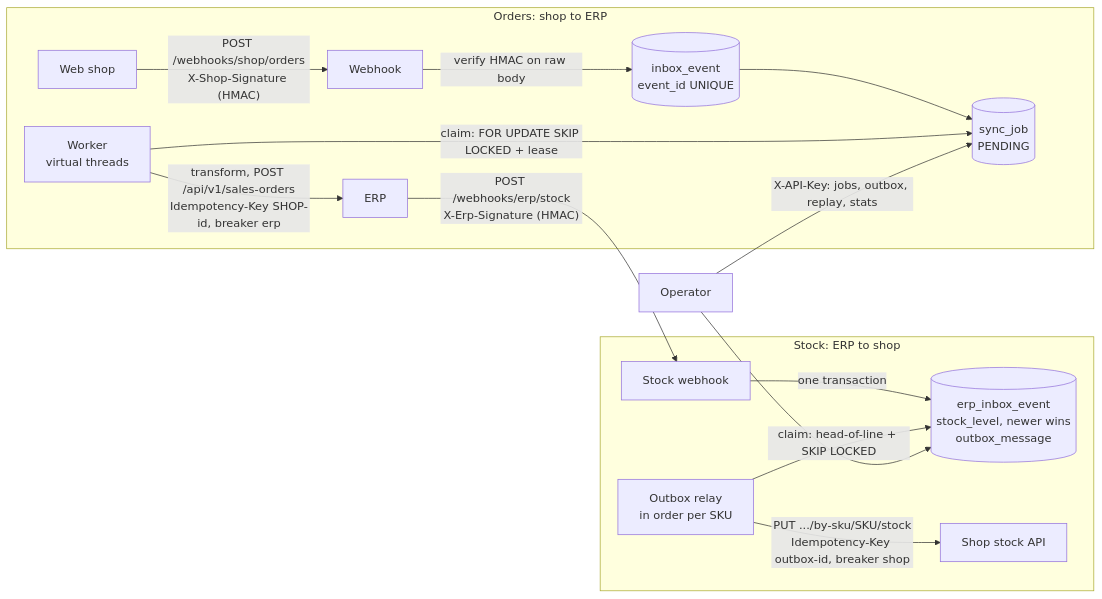
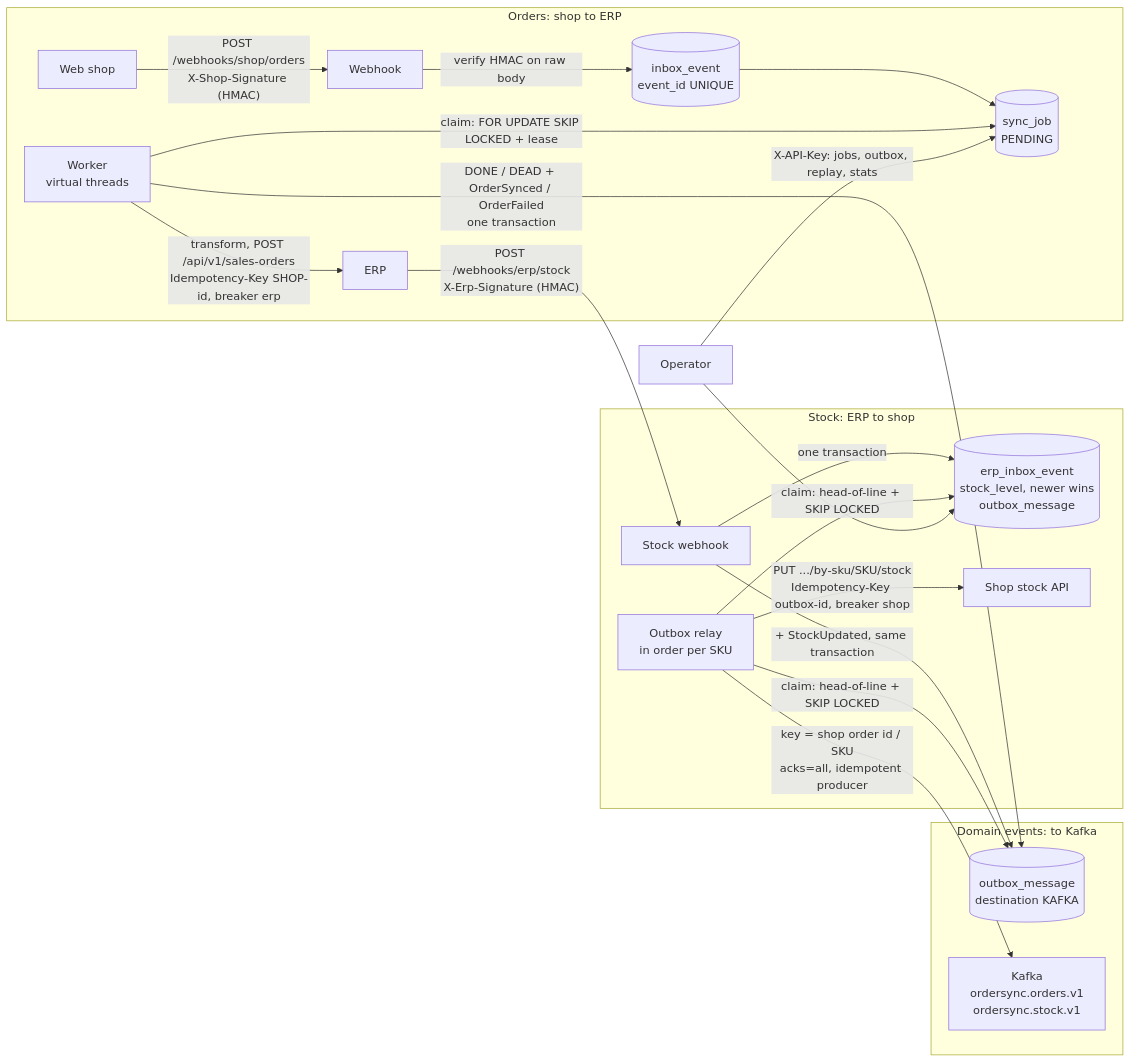
Before and after one commit to eric-sanchezz/order-sync-service: the diagram in README.md, drawn with Mermaid. The commit also changed other lines of this file and 3 other files, not shown here.

Commit message:
Document domain events, ordering guarantees and ADR 0006

````diff
--- a/README.md
+++ b/README.md
@@ -26,18 +27,25 @@
 ```mermaid
 flowchart LR
     subgraph Orders [Orders: shop to ERP]
         Shop[Web shop] -- "POST /webhooks/shop/orders<br/>X-Shop-Signature (HMAC)" --> W[Webhook]
         W -- "verify HMAC on raw body" --> Inbox[(inbox_event<br/>event_id UNIQUE)]
         Inbox --> Job[(sync_job<br/>PENDING)]
         Worker[Worker<br/>virtual threads] -- "claim: FOR UPDATE SKIP LOCKED + lease" --> Job
         Worker -- "transform, POST /api/v1/sales-orders<br/>Idempotency-Key SHOP-id, breaker erp" --> ERP[ERP]
     end
     subgraph Stock [Stock: ERP to shop]
         ERP -- "POST /webhooks/erp/stock<br/>X-Erp-Signature (HMAC)" --> SW[Stock webhook]
         SW -- "one transaction" --> Tx[(erp_inbox_event<br/>stock_level, newer wins<br/>outbox_message)]
         Relay[Outbox relay<br/>in order per SKU] -- "claim: head-of-line + SKIP LOCKED" --> Tx
         Relay -- "PUT .../by-sku/SKU/stock<br/>Idempotency-Key outbox-id, breaker shop" --> ShopApi[Shop stock API]
     end
+    subgraph Events [Domain events: to Kafka]
+        Ev[(outbox_message<br/>destination KAFKA)]
+        Relay -- "key = shop order id / SKU<br/>acks=all, idempotent producer" --> Kafka[Kafka<br/>ordersync.orders.v1<br/>ordersync.stock.v1]
+    end
+    Worker -- "DONE / DEAD + OrderSynced / OrderFailed<br/>one transaction" --> Ev
+    SW -- "+ StockUpdated, same transaction" --> Ev
+    Relay -- "claim: head-of-line + SKIP LOCKED" --> Ev
     Admin[Operator] -- "X-API-Key: jobs, outbox, replay, stats" --> Job
     Admin --> Tx
 ```
````
